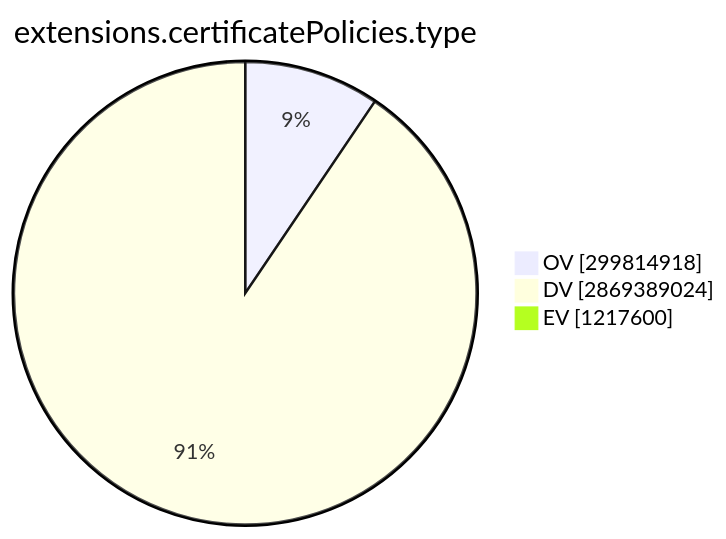
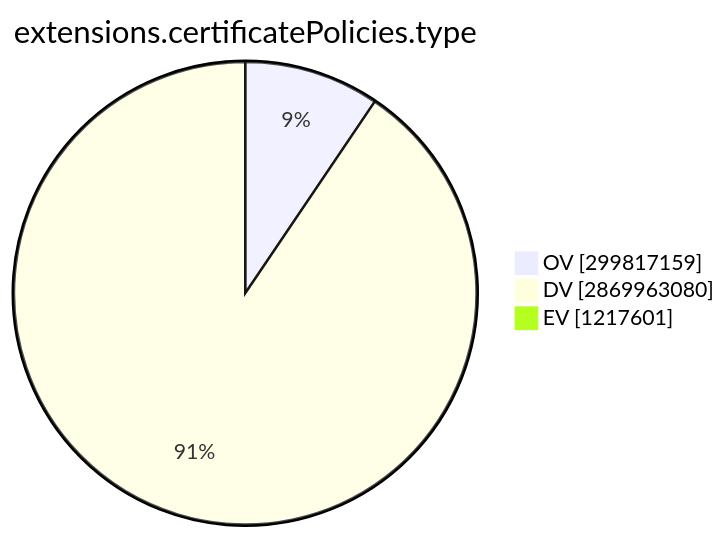
One commit to christiankrug/ctmonitor_visualization changed the ninth of 15 diagrams in TOTAL/README.md. Above: the diagram before and after it, drawn with Mermaid. The commit also changed other lines of this file, not shown here.

````diff
--- a/TOTAL/README.md
+++ b/TOTAL/README.md
@@ -3101,7 +3101,7 @@
 ```mermaid
 pie showData
 title extensions.certificatePolicies.type
-"OV" :299814918
-"DV" :2869389024
-"EV" :1217600
+"OV" :299817159
+"DV" :2869963080
+"EV" :1217601
 ```
````
